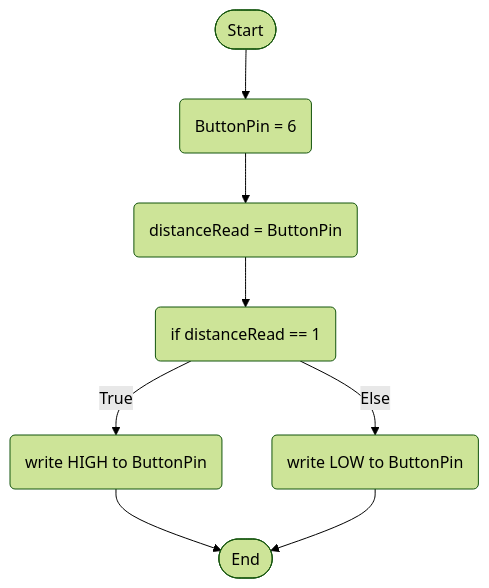
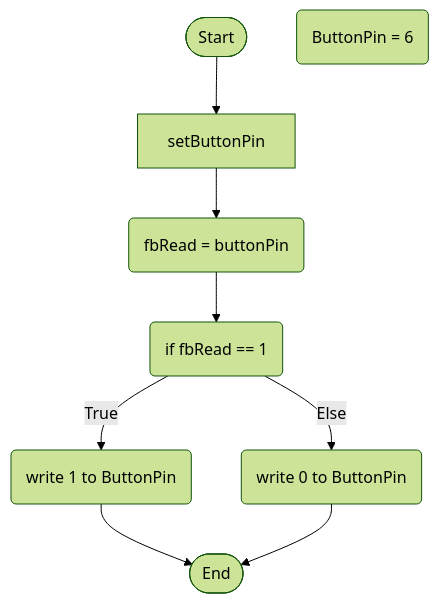
Before and after one commit to 4060269/SmartWorkstationAssessment3: the diagram in Flowcharts/firstButtonLogic.md, drawn with Mermaid (forest theme).

````diff
--- a/Flowcharts/firstButtonLogic.md
+++ b/Flowcharts/firstButtonLogic.md
@@ -3,18 +3,18 @@
 ```mermaid
 flowchart TD
 terminalStart([Start])
 terminalEnd([End])
-setButtonPin(ButtonPin = 6)
-currentValue(distanceRead = ButtonPin)
-activateButton0(if distanceRead == 1)
-activateButton1(write HIGH to ButtonPin)
-activateButton2(write LOW to ButtonPin)
+setbuttonPin(ButtonPin = 6)
+currentValue(fbRead = buttonPin)
+activateButton0(if fbRead == 1)
+activateButton1(write 1 to ButtonPin)
+activateButton2(write 0 to ButtonPin)
 
 terminalStart --> setButtonPin
 setButtonPin --> currentValue
 currentValue --> activateButton0
 activateButton0 --> |True| activateButton1
 activateButton0 --> |Else| activateButton2
 activateButton1 --> terminalEnd
 activateButton2 --> terminalEnd
 ```
````
